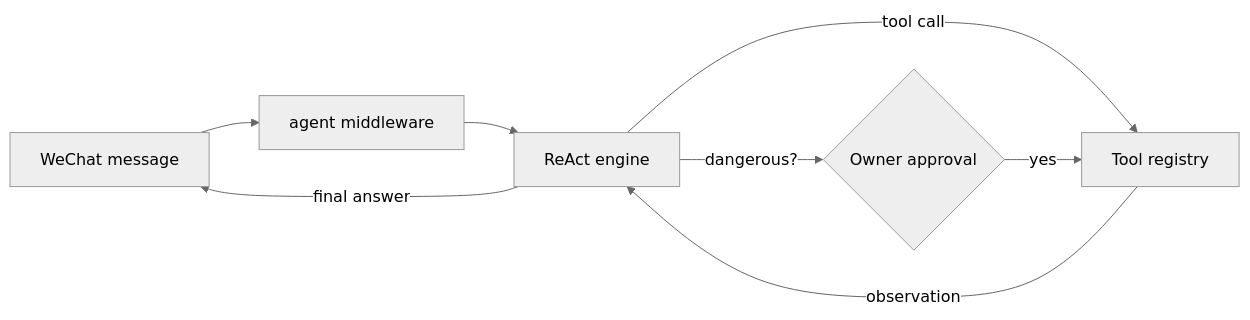
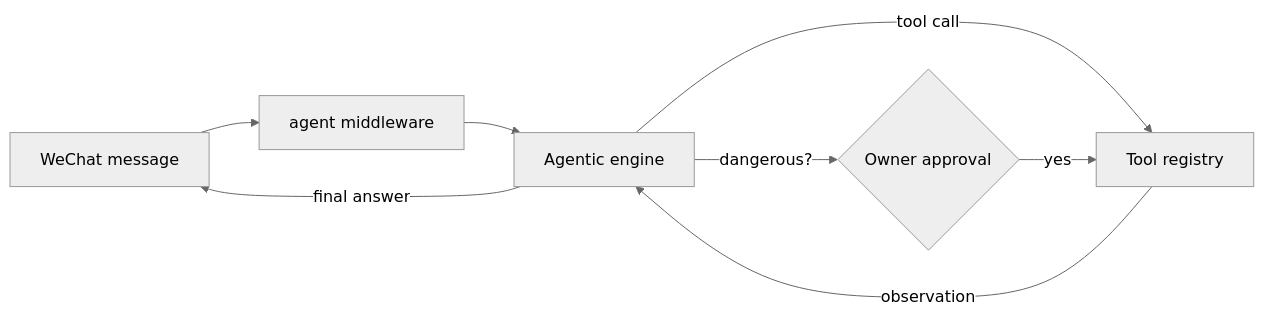
Before and after one commit to stkevintan/zzyclaw: the diagram in README.md, drawn with Mermaid (neutral theme). The commit also changed other lines of this file and 5 other files, not shown here.

First line of the commit message:
docs: rename ReAct references to agentic tool-calling loop (#15)

````diff
--- a/README.md
+++ b/README.md
@@ -34,10 +34,10 @@
 ```mermaid
 flowchart LR
     WeChat[WeChat message] --> MW[agent middleware]
-    MW --> Engine[ReAct engine]
+    MW --> Engine[Agentic engine]
     Engine -->|tool call| Tools[Tool registry]
     Tools -->|observation| Engine
     Engine -->|dangerous?| Approval{Owner approval}
     Approval -->|yes| Tools
     Engine -->|final answer| WeChat
 ```
````
